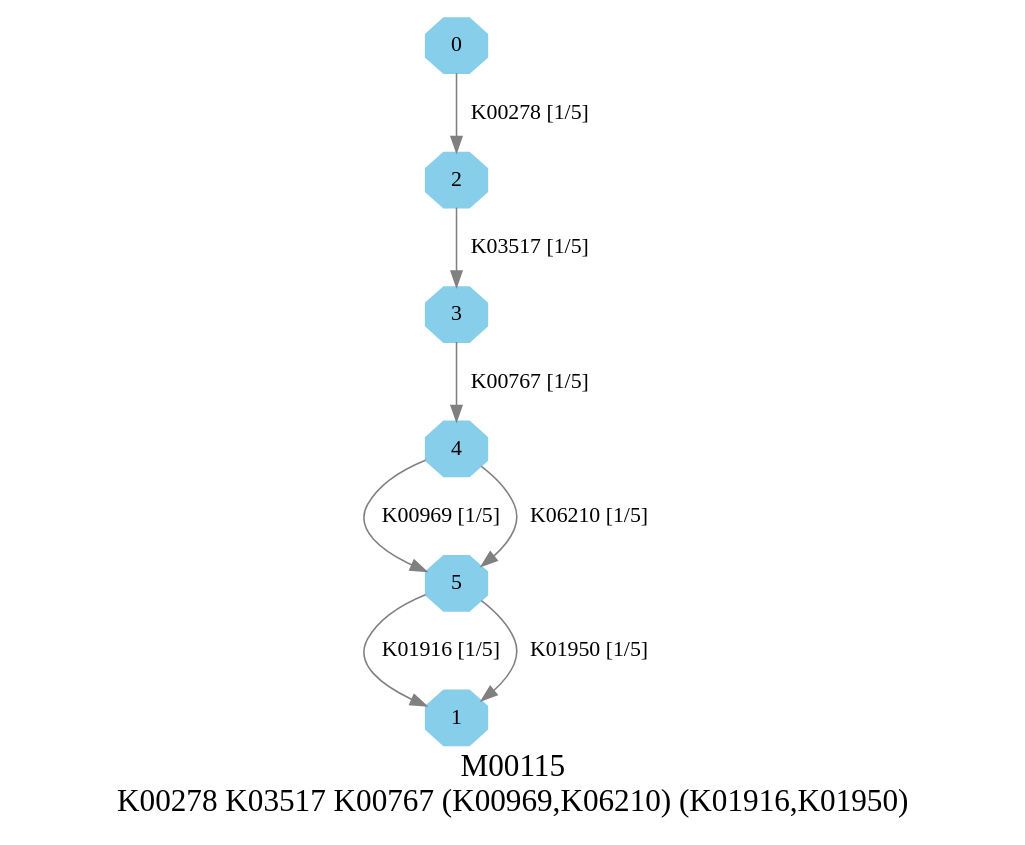
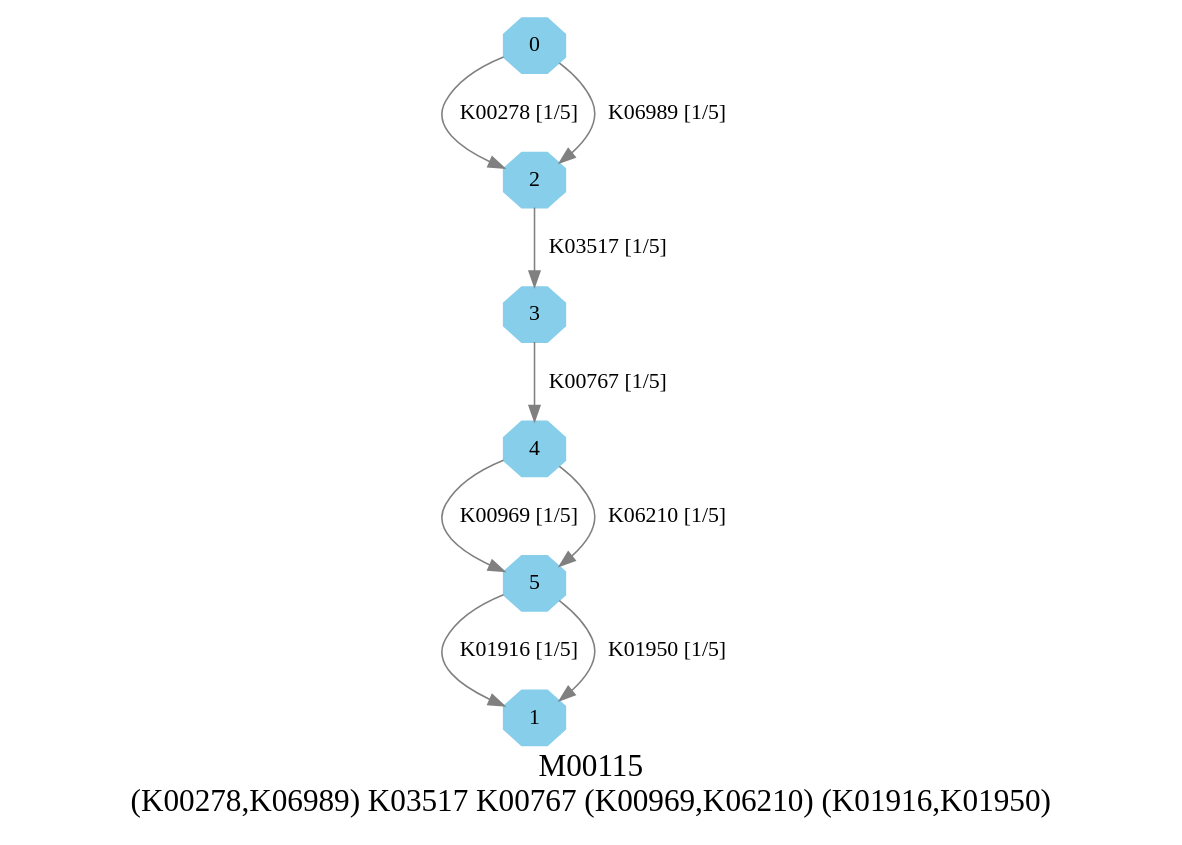
The diagram in graphs/dots/M00115.dot (EBI-Metagenomics/kegg-pathways-completeness-tool), drawn with Graphviz before and after one commit. The commit also changed 124 other files, not shown here.

```diff
--- a/graphs/dots/M00115.dot
+++ b/graphs/dots/M00115.dot
@@ -1,14 +1,15 @@
 digraph G {
 graph [label="M00115
-K00278 K03517 K00767 (K00969,K06210) (K01916,K01950)",fontsize=20];
+(K00278,K06989) K03517 K00767 (K00969,K06210) (K01916,K01950)",fontsize=20];
 node [shape=box,style=filled];
 edge [len=3,color=grey];
 {node [width=.3,height=.3,shape=octagon,style=filled,color=skyblue] 0 1 2 3 4 5 }
 0 -> 2 [label="K00278 [1/5]"];
+0 -> 2 [label="K06989 [1/5]"];
 2 -> 3 [label="K03517 [1/5]"];
 3 -> 4 [label="K00767 [1/5]"];
 4 -> 5 [label="K00969 [1/5]"];
 4 -> 5 [label="K06210 [1/5]"];
 5 -> 1 [label="K01916 [1/5]"];
 5 -> 1 [label="K01950 [1/5]"];
 }
```
